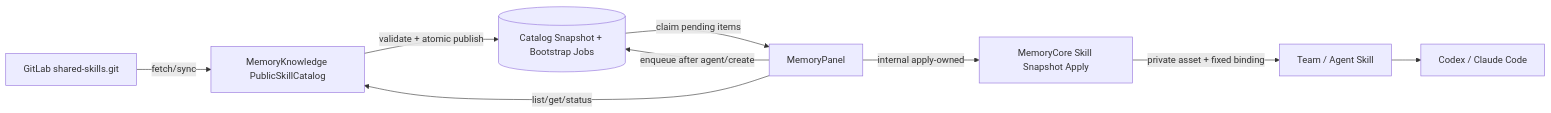
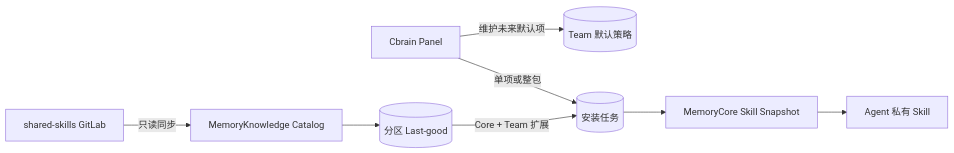
Before and after one commit to 1723229/Cbrain-Agent: the diagram in docs/architecture/public-skill-catalog/architecture-design.md, drawn with Mermaid. The commit also changed other lines of this file and 25 other files, not shown here.

Commit message:
feat: add layered public skill catalog

````diff
--- a/docs/architecture/public-skill-catalog/architecture-design.md
+++ b/docs/architecture/public-skill-catalog/architecture-design.md
@@ -46,19 +37,18 @@
 ```mermaid
 flowchart LR
-    Repo["GitLab shared-skills.git"]
-    Catalog["MemoryKnowledge PublicSkillCatalog"]
-    DB[("Catalog Snapshot + Bootstrap Jobs")]
-    Panel["MemoryPanel"]
-    Core["MemoryCore Skill Snapshot Apply"]
-    Agent["Team / Agent Skill"]
-    Runtime["Codex / Claude Code"]
+  Repo[shared-skills GitLab]
+  Catalog[MemoryKnowledge Catalog]
+  Partition[(分区 Last-good)]
+  Policy[(Team 默认策略)]
+  Job[(安装任务)]
+  Panel[Cbrain Panel]
+  Core[MemoryCore Skill Snapshot]
+  Agent[Agent 私有 Skill]
 
-    Repo -->|fetch/sync| Catalog
-    Catalog -->|validate + atomic publish| DB
-    Panel -->|list/get/status| Catalog
-    Panel -->|enqueue after agent/create| DB
-    DB -->|claim pending items| Panel
-    Panel -->|internal apply-owned| Core
-    Core -->|private asset + fixed binding| Agent
-    Agent --> Runtime
+  Repo -->|只读同步| Catalog
+  Catalog --> Partition
+  Panel -->|维护未来默认项| Policy
+  Partition -->|Core + Team 扩展| Job
+  Panel -->|单项或整包| Job
+  Job --> Core --> Agent
 ```
````
